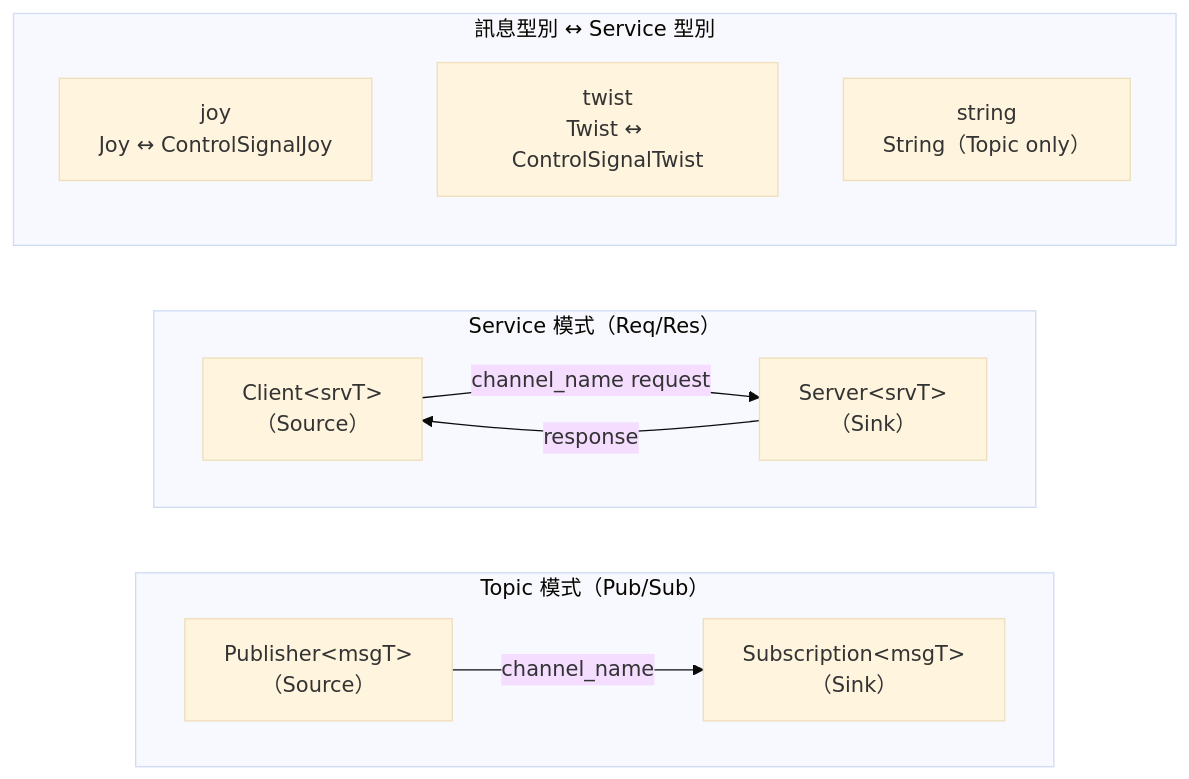
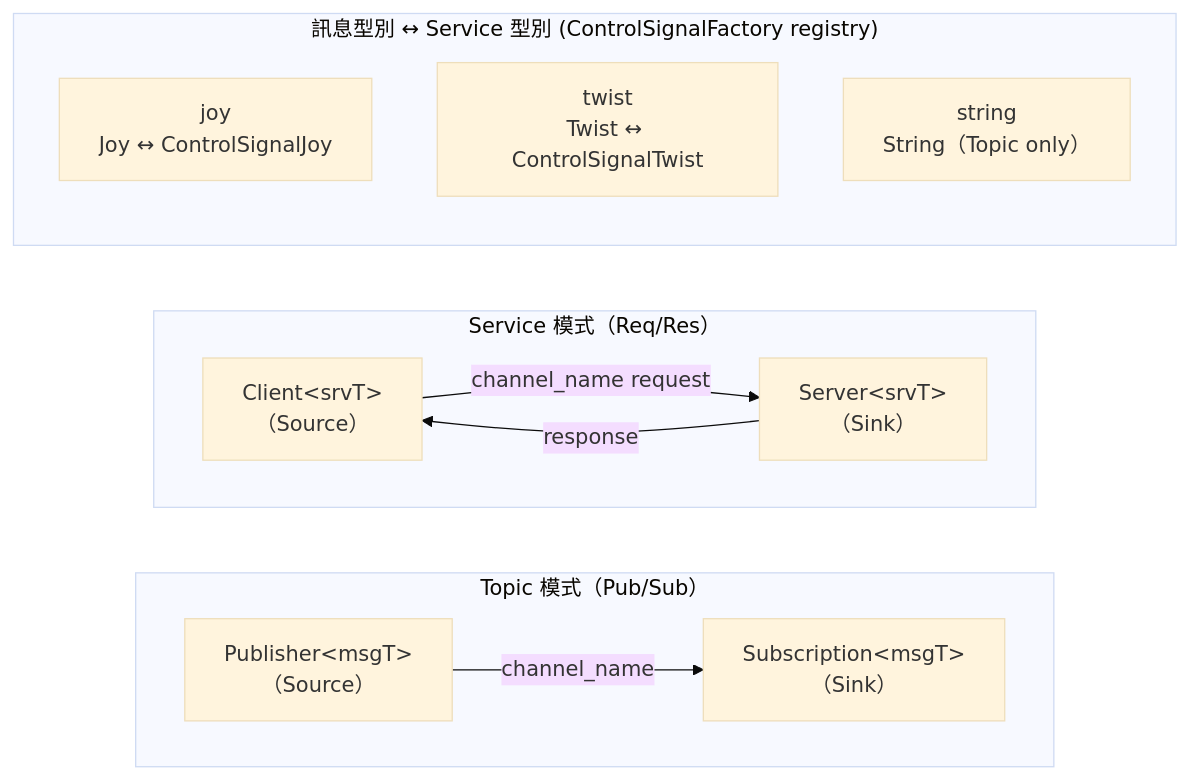
One commit to cocobird231/rv2_control_signal_transport changed the second of 12 diagrams in doc/control_signal_architecture.md. Above: the diagram before and after it, drawn with Mermaid (base theme). The commit also changed other lines of this file and 3 other files, not shown here.

````diff
--- a/doc/control_signal_architecture.md
+++ b/doc/control_signal_architecture.md
@@ -52,20 +52,20 @@
 ```mermaid
 graph LR
     subgraph TopicMode["Topic 模式（Pub/Sub）"]
         direction LR
         TP["Publisher&lt;msgT&gt;<br/>（Source）"] -->|"channel_name"| TS["Subscription&lt;msgT&gt;<br/>（Sink）"]
     end
 
     subgraph ServiceMode["Service 模式（Req/Res）"]
         direction LR
         SC["Client&lt;srvT&gt;<br/>（Source）"] -->|"channel_name request"| SS["Server&lt;srvT&gt;<br/>（Sink）"]
         SS -->|"response"| SC
     end
 
-    subgraph TypeMap["訊息型別 ↔ Service 型別"]
+    subgraph TypeMap["訊息型別 ↔ Service 型別 (ControlSignalFactory registry)"]
         direction TB
         J["joy<br/>Joy ↔ ControlSignalJoy"]
         TW["twist<br/>Twist ↔ ControlSignalTwist"]
         ST["string<br/>String（Topic only）"]
     end
 ```
````
